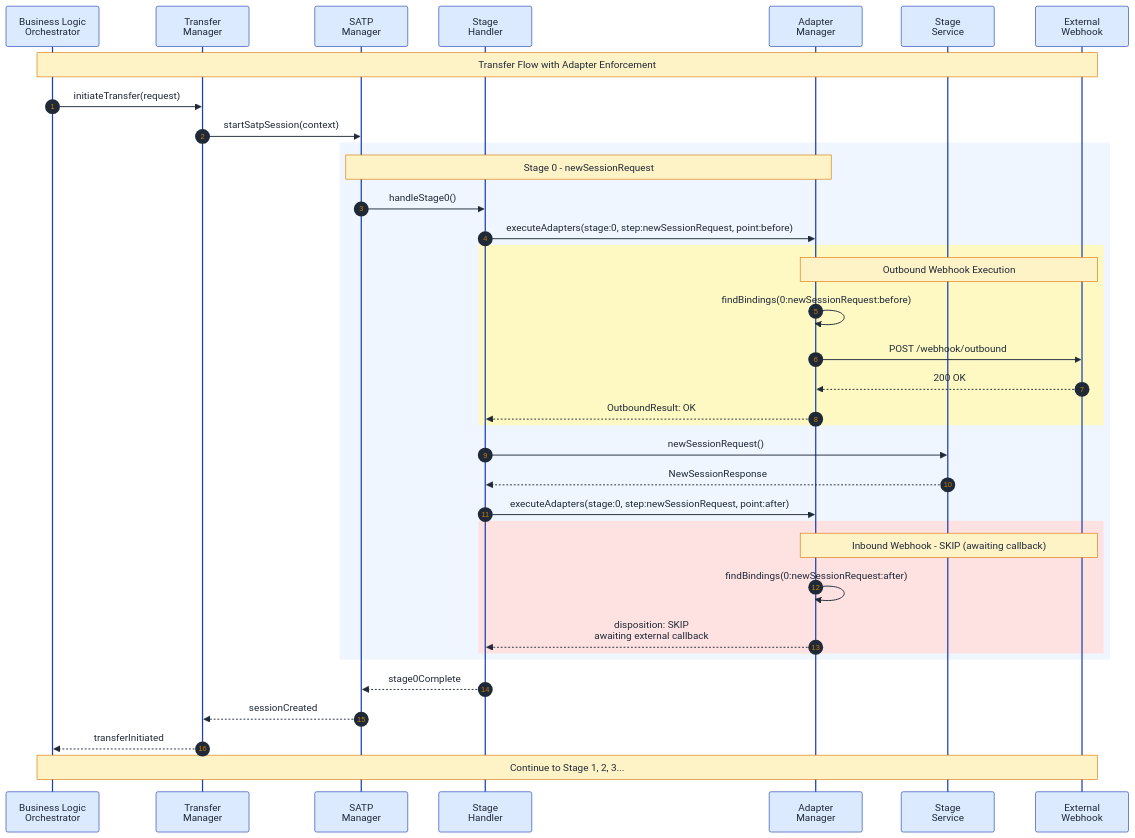
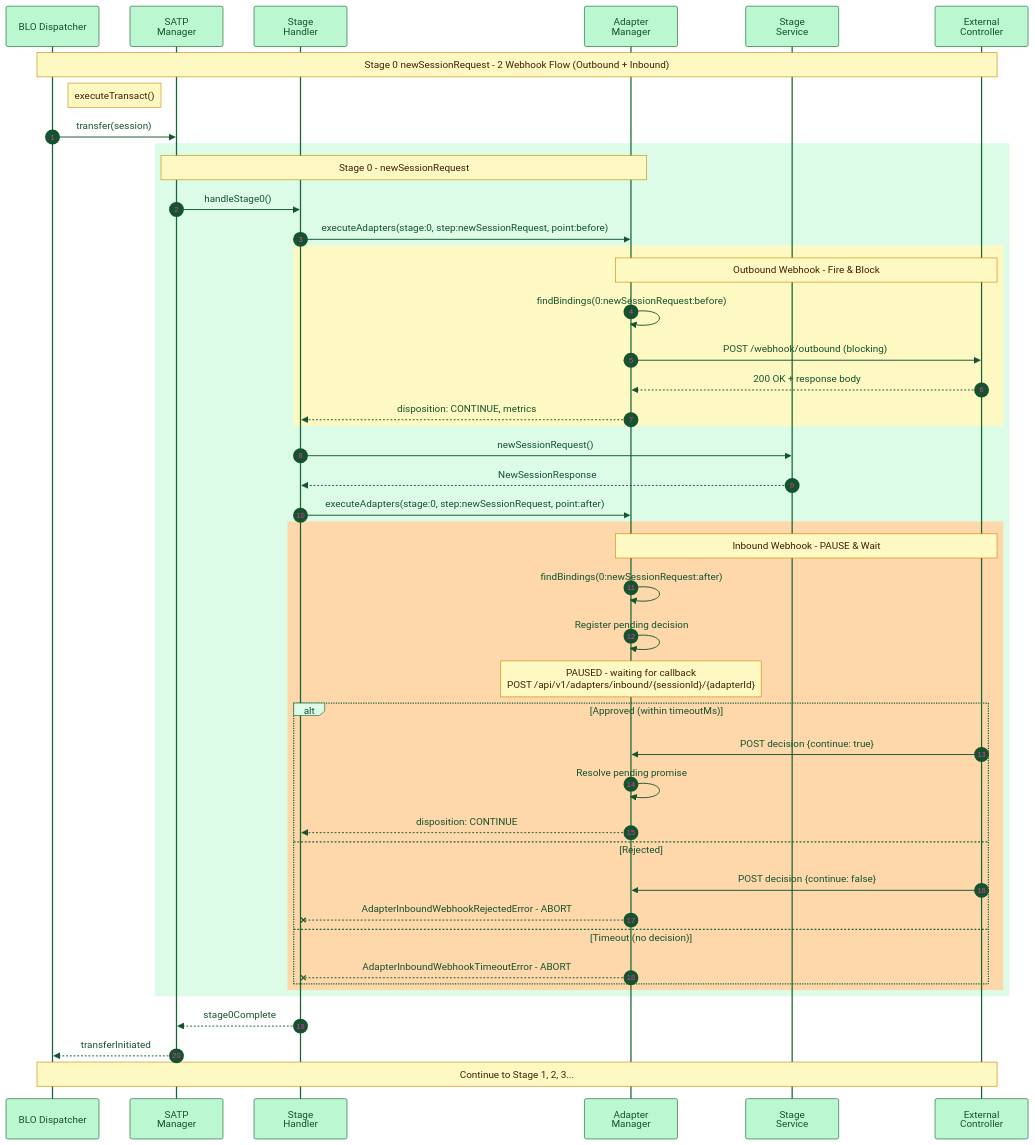
One commit to RafaelAPB/blockchain-integration-framework changed the diagram in packages/cactus-plugin-satp-hermes/docs/diagrams/adapter-layer-transfer-flow.mmd. Above: the diagram before and after it, drawn with Mermaid. The commit also changed 37 other files, not shown here.

Commit message:
feat(satp-hermes): implement adapter layer feedback

```diff
--- a/packages/cactus-plugin-satp-hermes/docs/diagrams/adapter-layer-transfer-flow.mmd
+++ b/packages/cactus-plugin-satp-hermes/docs/diagrams/adapter-layer-transfer-flow.mmd
@@ -1,48 +1,58 @@
-%%{init: {'theme':'base', 'themeVariables': { 'fontSize':'12px', 'fontFamily':'Segoe UI, system-ui, sans-serif', 'primaryColor':'#1e40af','primaryTextColor':'#1f2937','primaryBorderColor':'#1e3a8a','lineColor':'#3b82f6','secondaryColor':'#dbeafe','tertiaryColor':'#eff6ff', 'actorTextColor':'#1f2937', 'actorBkg':'#dbeafe', 'actorBorder':'#1e40af', 'signalColor':'#1f2937', 'signalTextColor':'#1f2937', 'noteBkgColor':'#fef3c7', 'noteTextColor':'#1f2937', 'noteBorderColor':'#d97706'}}}%%
+%%{init: {'theme':'base', 'themeVariables': { 'fontSize':'14px', 'fontFamily':'Segoe UI, system-ui, sans-serif', 'primaryColor':'#86efac','primaryTextColor':'#14532d','primaryBorderColor':'#166534','lineColor':'#22c55e','secondaryColor':'#dcfce7','tertiaryColor':'#f0fdf4', 'actorTextColor':'#14532d', 'actorBkg':'#bbf7d0', 'actorBorder':'#166534', 'signalColor':'#14532d', 'signalTextColor':'#14532d', 'noteBkgColor':'#fef9c3', 'noteTextColor':'#422006', 'noteBorderColor':'#ca8a04', 'labelBoxBkgColor':'#dcfce7', 'labelTextColor':'#14532d'}}}%%
 
 sequenceDiagram
     autonumber
-    participant BLO as Business Logic<br/>Orchestrator
-    participant TM as Transfer<br/>Manager
+    participant BLO as BLO Dispatcher
     participant SM as SATP<br/>Manager
     participant SH as Stage<br/>Handler
     participant AM as Adapter<br/>Manager
     participant SS as Stage<br/>Service
-    participant Ext as External<br/>Webhook
+    participant Ext as External<br/>Controller
 
-    Note over BLO,Ext: Transfer Flow with Adapter Enforcement
+    Note over BLO,Ext: Stage 0 newSessionRequest - 2 Webhook Flow (Outbound + Inbound)
 
-    BLO->>TM: initiateTransfer(request)
-    TM->>SM: startSatpSession(context)
+    Note right of BLO: executeTransact()
+    BLO->>SM: transfer(session)
     
-    rect rgb(239, 246, 255)
+    rect rgb(220, 252, 231)
         Note over SM,AM: Stage 0 - newSessionRequest
         SM->>SH: handleStage0()
         
         SH->>AM: executeAdapters(stage:0, step:newSessionRequest, point:before)
         
         rect rgb(254, 249, 195)
-            Note over AM,Ext: Outbound Webhook Execution
+            Note over AM,Ext: Outbound Webhook - Fire & Block
             AM->>AM: findBindings(0:newSessionRequest:before)
-            AM->>Ext: POST /webhook/outbound
-            Ext-->>AM: 200 OK
-            AM-->>SH: OutboundResult: OK
+            AM->>Ext: POST /webhook/outbound (blocking)
+            Ext-->>AM: 200 OK + response body
+            AM-->>SH: disposition: CONTINUE, metrics
         end
         
         SH->>SS: newSessionRequest()
         SS-->>SH: NewSessionResponse
         
         SH->>AM: executeAdapters(stage:0, step:newSessionRequest, point:after)
         
-        rect rgb(254, 226, 226)
-            Note over AM,Ext: Inbound Webhook - SKIP (awaiting callback)
+        rect rgb(254, 215, 170)
+            Note over AM,Ext: Inbound Webhook - PAUSE & Wait
             AM->>AM: findBindings(0:newSessionRequest:after)
-            AM-->>SH: disposition: SKIP<br/>awaiting external callback
+            AM->>AM: Register pending decision
+            Note over AM: PAUSED - waiting for callback<br/>POST /api/v1/adapters/inbound/{sessionId}/{adapterId}
+            
+            alt Approved (within timeoutMs)
+                Ext->>AM: POST decision {continue: true}
+                AM->>AM: Resolve pending promise
+                AM-->>SH: disposition: CONTINUE
+            else Rejected
+                Ext->>AM: POST decision {continue: false}
+                AM--xSH: AdapterInboundWebhookRejectedError - ABORT
+            else Timeout (no decision)
+                AM--xSH: AdapterInboundWebhookTimeoutError - ABORT
+            end
         end
     end
 
     SH-->>SM: stage0Complete
-    SM-->>TM: sessionCreated
-    TM-->>BLO: transferInitiated
+    SM-->>BLO: transferInitiated
 
     Note over BLO,Ext: Continue to Stage 1, 2, 3...
```
